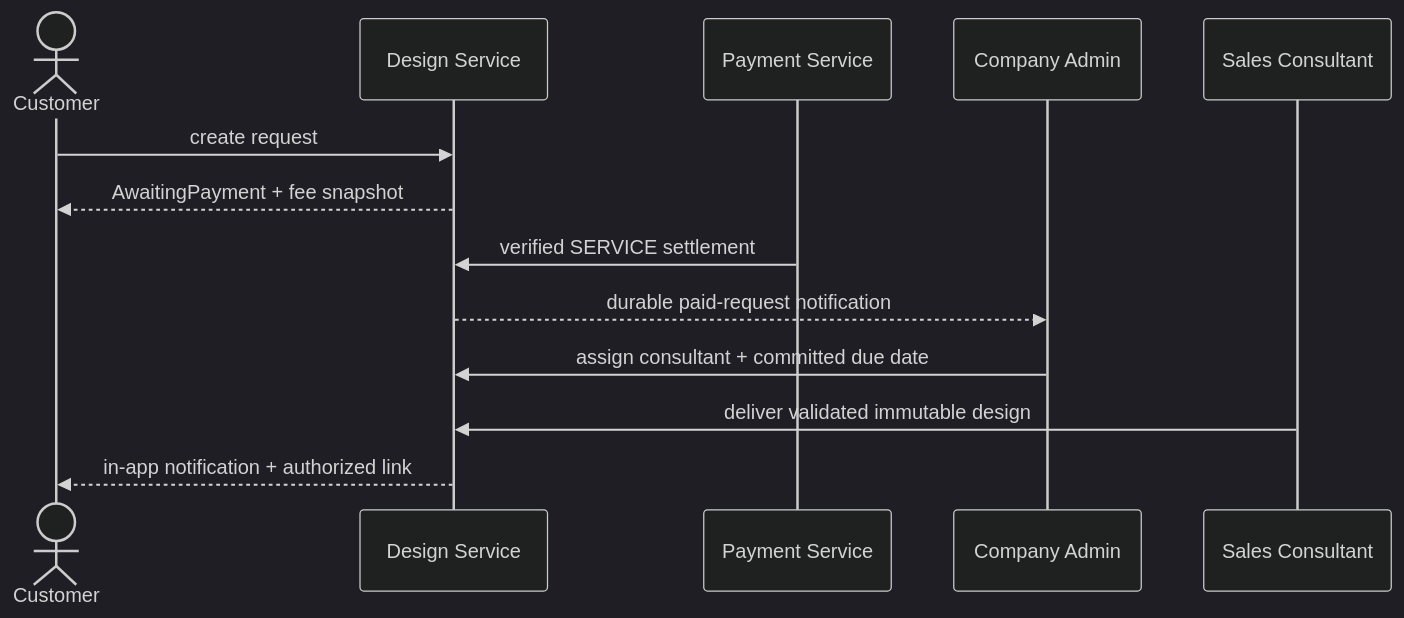
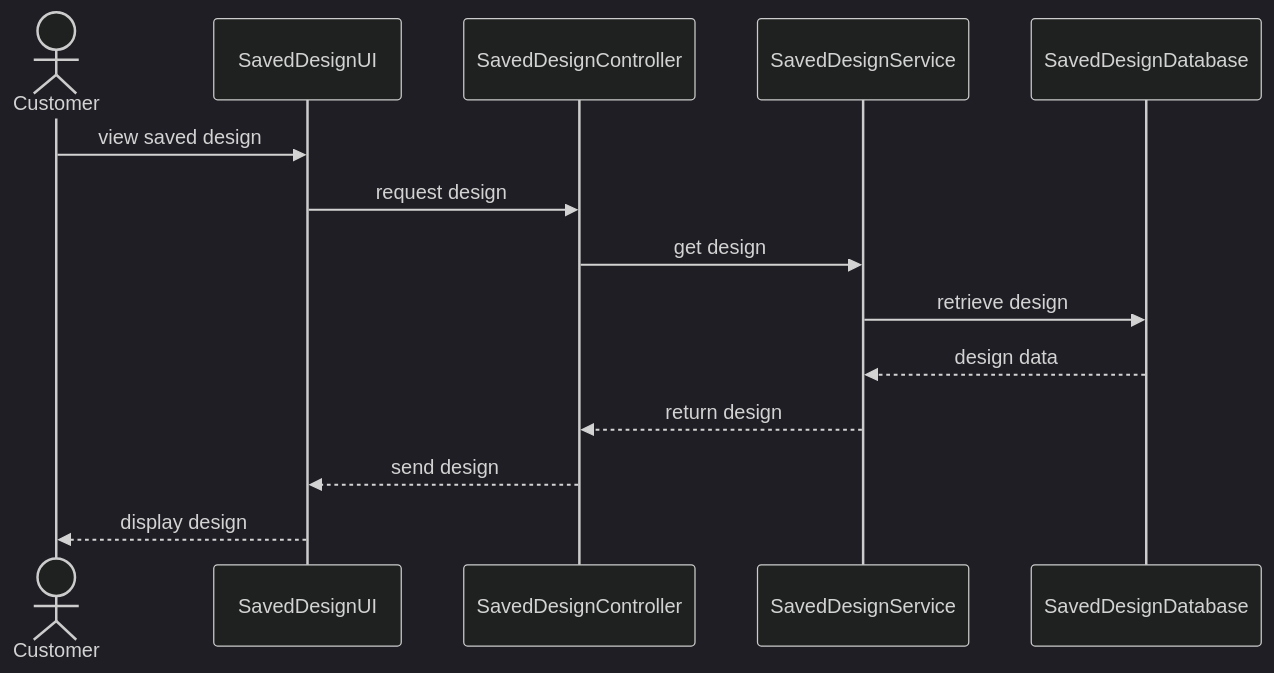
Before and after one commit to ankhanhwork/weavelink-project: the fourth of 4 diagrams in specs/spec-MFG-05.md, drawn with Mermaid (dark theme). The commit also changed other lines of this file and 12 other files, not shown here.

````diff
--- a/specs/spec-MFG-05.md
+++ b/specs/spec-MFG-05.md
@@ -81,15 +147,17 @@
 ```mermaid
 sequenceDiagram
-  actor C as Customer
-  participant D as Design Service
-  participant P as Payment Service
-  participant A as Company Admin
-  participant S as Sales Consultant
-  C->>D: create request
-  D-->>C: AwaitingPayment + fee snapshot
-  P->>D: verified SERVICE settlement
-  D-->>A: durable paid-request notification
-  A->>D: assign consultant + committed due date
-  S->>D: deliver validated immutable design
-  D-->>C: in-app notification + authorized link
+    actor Customer
+    participant SavedDesignUI
+    participant SavedDesignController
+    participant SavedDesignService
+    participant SavedDesignDatabase
+
+    Customer->>SavedDesignUI: view saved design
+    SavedDesignUI->>SavedDesignController: request design
+    SavedDesignController->>SavedDesignService: get design
+    SavedDesignService->>SavedDesignDatabase: retrieve design
+    SavedDesignDatabase-->>SavedDesignService: design data
+    SavedDesignService-->>SavedDesignController: return design
+    SavedDesignController-->>SavedDesignUI: send design
+    SavedDesignUI-->>Customer: display design
 ```
````
